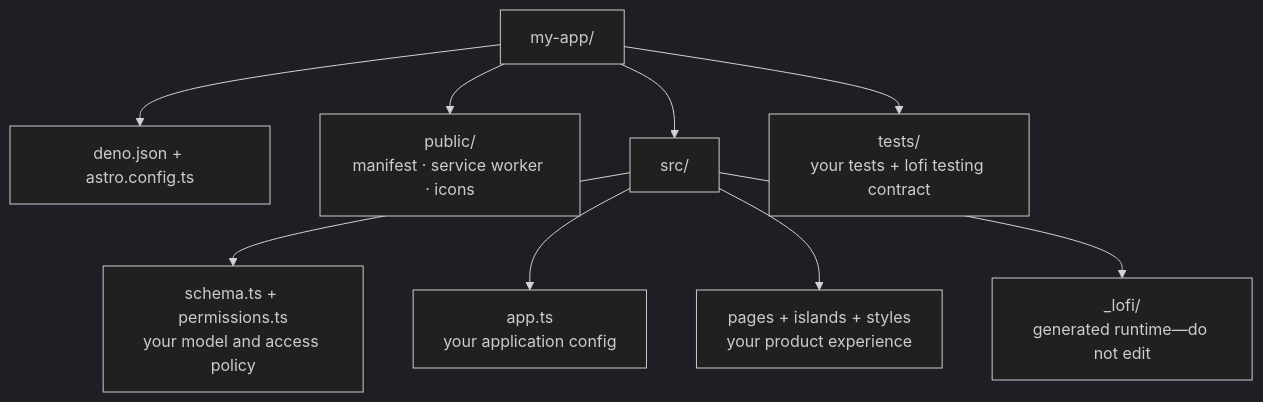
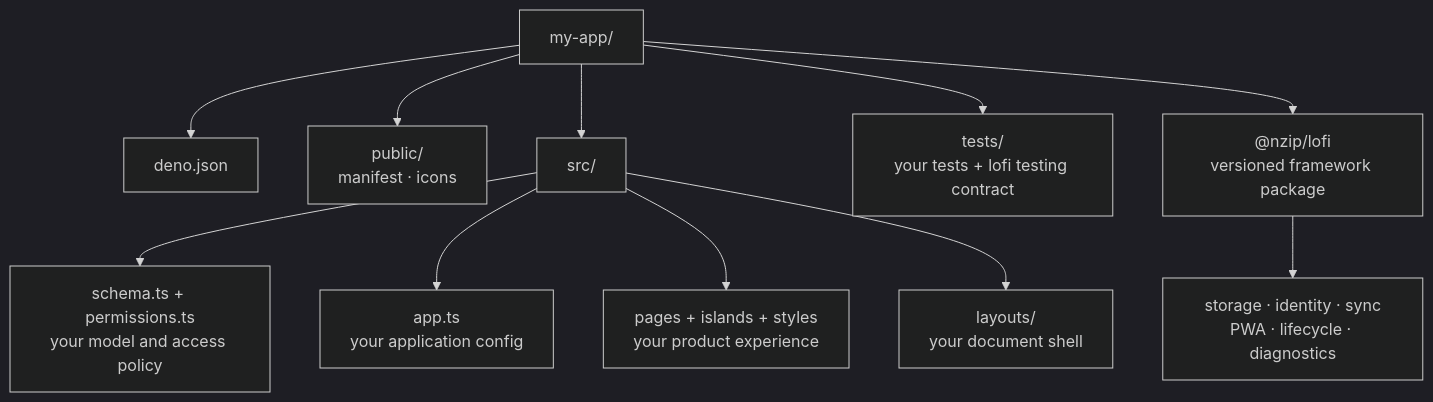
Before and after one commit to FelineStateMachine/lofi: the diagram in README.md, drawn with Mermaid (dark theme). The commit also changed other lines of this file and 97 other files, not shown here.

First line of the commit message:
feat: move runtime behind package boundary (#41)

````diff
--- a/README.md
+++ b/README.md
@@ -88,12 +88,14 @@
 ```mermaid
 flowchart TB
-    Root["my-app/"] --> Config["deno.json + astro.config.ts"]
-    Root --> Public["public/<br/>manifest · service worker · icons"]
+    Root["my-app/"] --> Config["deno.json"]
+    Root --> Public["public/<br/>manifest · icons"]
     Root --> Src["src/"]
     Root --> Tests["tests/<br/>your tests + lofi testing contract"]
+    Root --> Framework["@nzip/lofi<br/>versioned framework package"]
 
     Src --> Model["schema.ts + permissions.ts<br/>your model and access policy"]
     Src --> App["app.ts<br/>your application config"]
     Src --> UI["pages + islands + styles<br/>your product experience"]
-    Src --> Runtime["_lofi/<br/>generated runtime—do not edit"]
+    Src --> Layout["layouts/<br/>your document shell"]
+    Framework --> Runtime["storage · identity · sync<br/>PWA · lifecycle · diagnostics"]
 ```
````
